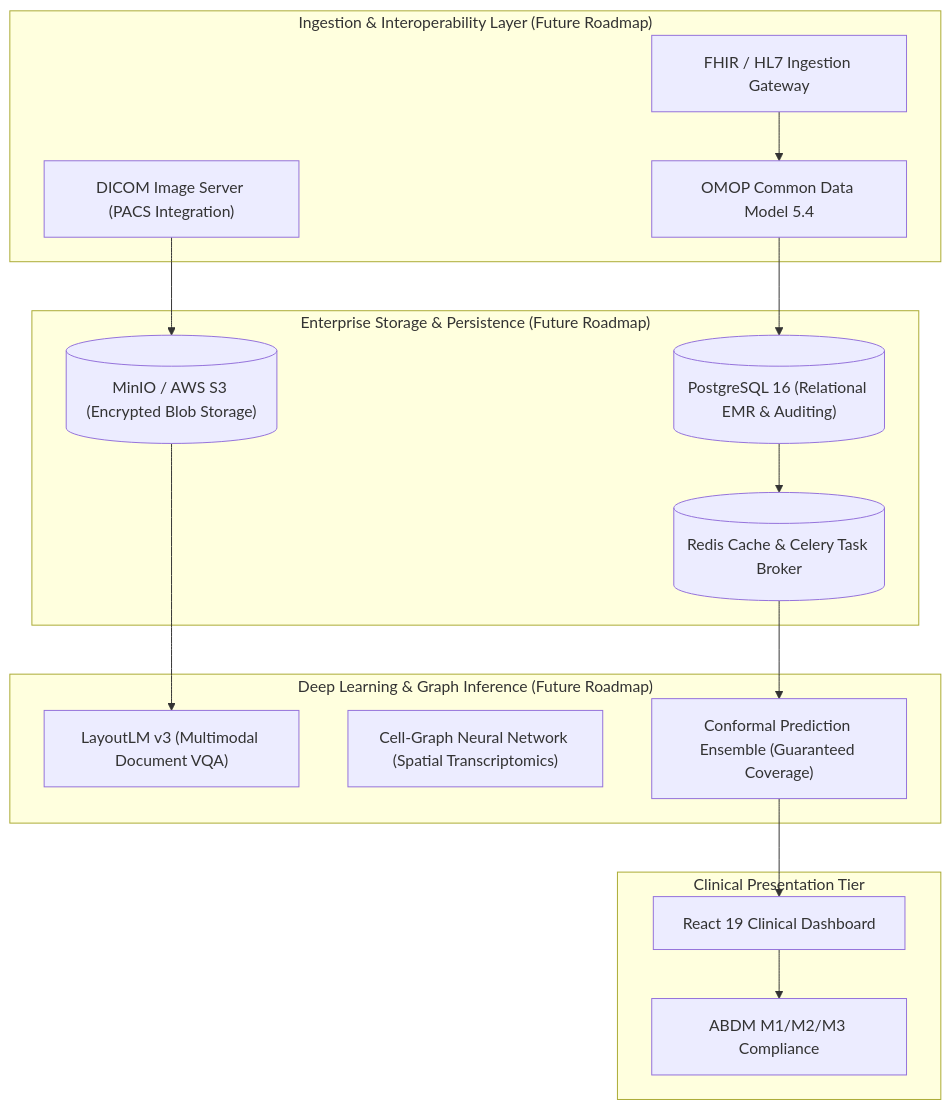
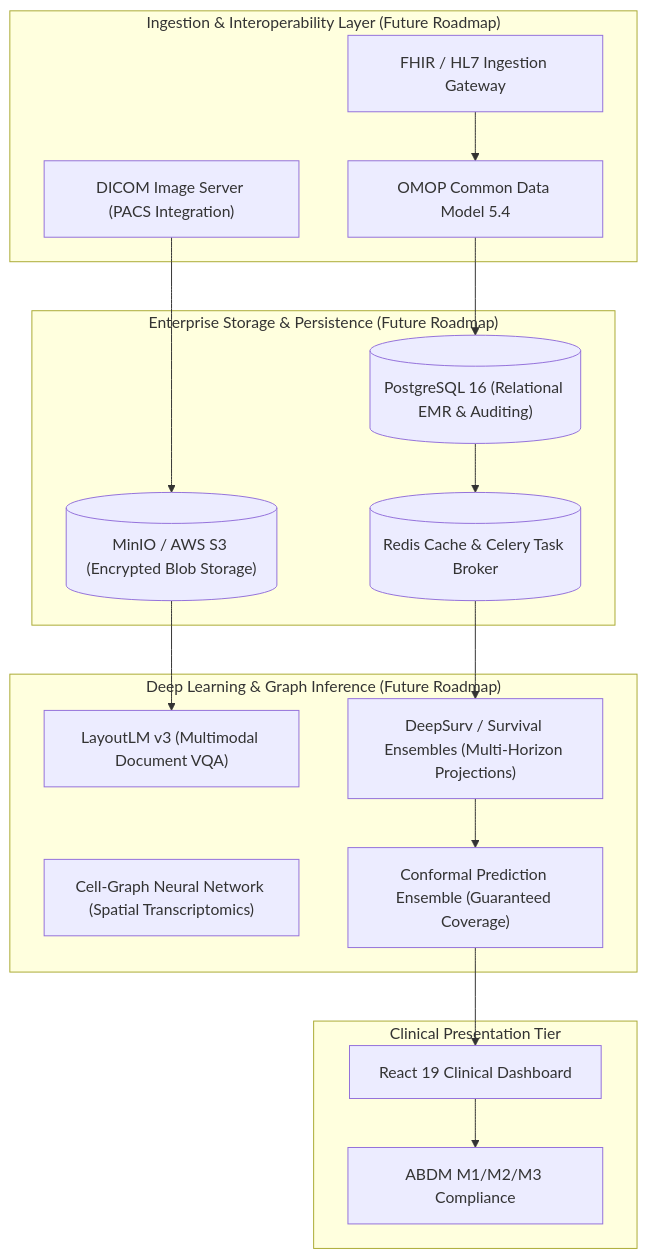
Before and after one commit to Mr-McSizzle/pulmoai: the diagram in docs/final_report_v2.md, drawn with Mermaid. The commit also changed other lines of this file and 20 other files, not shown here.

````diff
--- a/docs/final_report_v2.md
+++ b/docs/final_report_v2.md
@@ -342,34 +389,36 @@
 ```mermaid
 flowchart TD
     subgraph Ingestion["Ingestion & Interoperability Layer (Future Roadmap)"]
         FHIR["FHIR / HL7 Ingestion Gateway"]
         DICOM["DICOM Image Server (PACS Integration)"]
         OMOP["OMOP Common Data Model 5.4"]
     end
 
     subgraph Storage["Enterprise Storage & Persistence (Future Roadmap)"]
         PG[("PostgreSQL 16 (Relational EMR & Auditing)")]
         S3[("MinIO / AWS S3 (Encrypted Blob Storage)")]
         REDIS[("Redis Cache & Celery Task Broker")]
     end
 
     subgraph Models["Deep Learning & Graph Inference (Future Roadmap)"]
         LLM["LayoutLM v3 (Multimodal Document VQA)"]
         GNN["Cell-Graph Neural Network (Spatial Transcriptomics)"]
+        SURV["DeepSurv / Survival Ensembles (Multi-Horizon Projections)"]
         ENS["Conformal Prediction Ensemble (Guaranteed Coverage)"]
     end
 
     subgraph UI["Clinical Presentation Tier"]
         REACT["React 19 Clinical Dashboard"]
         ABDM["ABDM M1/M2/M3 Compliance"]
     end
 
     FHIR --> OMOP
     DICOM --> S3
     OMOP --> PG
     PG --> REDIS
     S3 --> LLM
-    REDIS --> ENS
+    REDIS --> SURV
+    SURV --> ENS
     ENS --> REACT
     REACT --> ABDM
 ```
````
